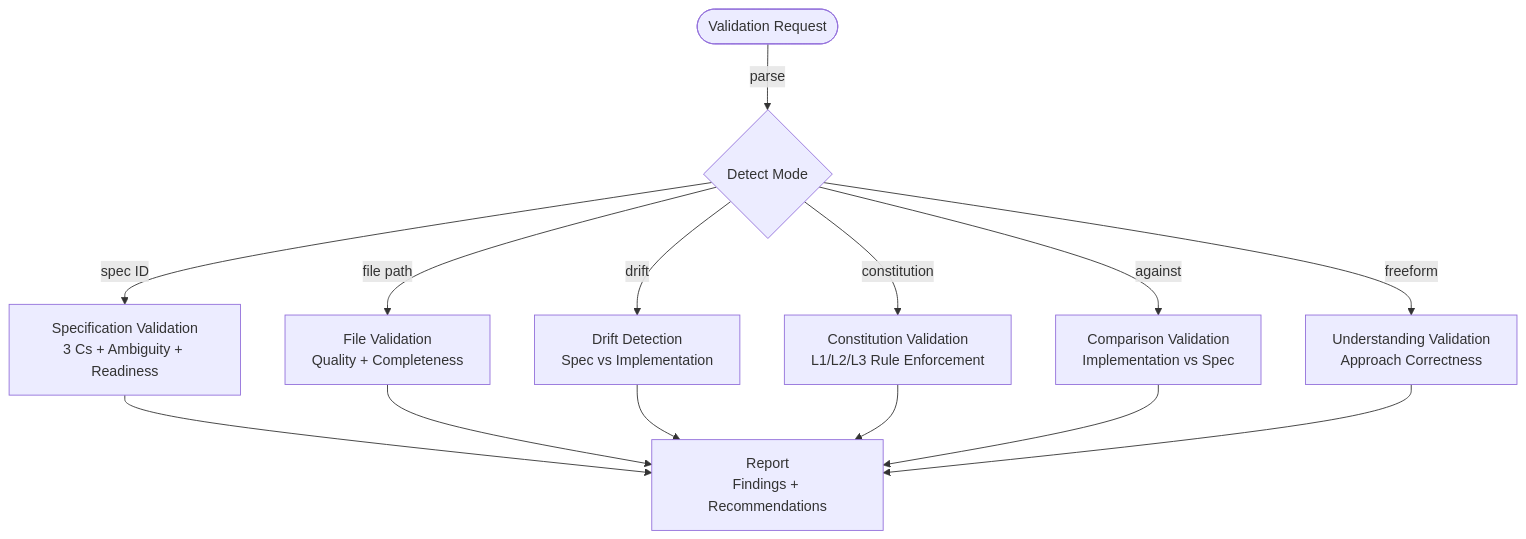
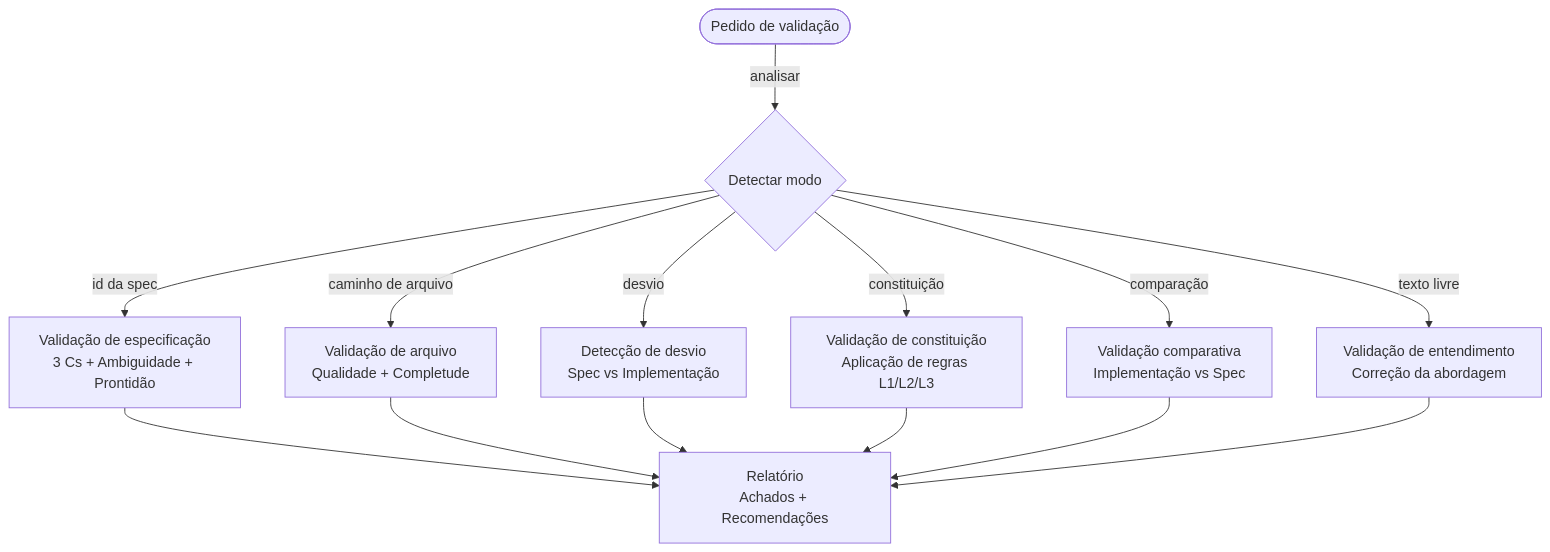
The third of 10 diagrams in mods/start/README.md (claude-code-mods/claude-code-mods-pt-br), drawn with Mermaid before and after one commit. The commit also changed other lines of this file and 21 other files, not shown here.

````diff
--- a/mods/start/README.md
+++ b/mods/start/README.md
@@ -185,16 +185,16 @@
 ```mermaid
 flowchart TD
-    A([Validation Request]) --> |parse| B{Detect Mode}
-    B --> |spec ID| C[Specification Validation<br/>3 Cs + Ambiguity + Readiness]
-    B --> |file path| D[File Validation<br/>Quality + Completeness]
-    B --> |drift| E[Drift Detection<br/>Spec vs Implementation]
-    B --> |constitution| F[Constitution Validation<br/>L1/L2/L3 Rule Enforcement]
-    B --> |against| G[Comparison Validation<br/>Implementation vs Spec]
-    B --> |freeform| H[Understanding Validation<br/>Approach Correctness]
-    C --> I[Report<br/>Findings + Recommendations]
+    A([Pedido de validação]) --> |analisar| B{Detectar modo}
+    B --> |id da spec| C[Validação de especificação<br/>3 Cs + Ambiguidade + Prontidão]
+    B --> |caminho de arquivo| D[Validação de arquivo<br/>Qualidade + Completude]
+    B --> |desvio| E[Detecção de desvio<br/>Spec vs Implementação]
+    B --> |constituição| F[Validação de constituição<br/>Aplicação de regras L1/L2/L3]
+    B --> |comparação| G[Validação comparativa<br/>Implementação vs Spec]
+    B --> |texto livre| H[Validação de entendimento<br/>Correção da abordagem]
+    C --> I[Relatório<br/>Achados + Recomendações]
     D --> I
     E --> I
     F --> I
     G --> I
     H --> I
 ```
````
